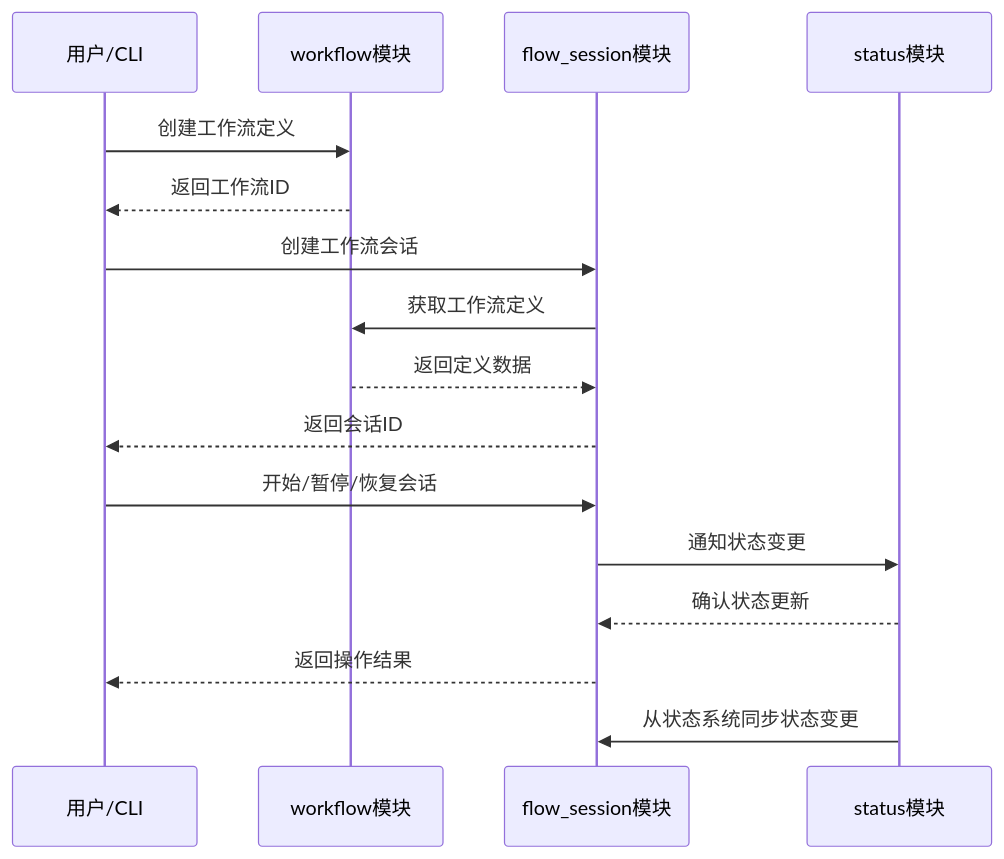
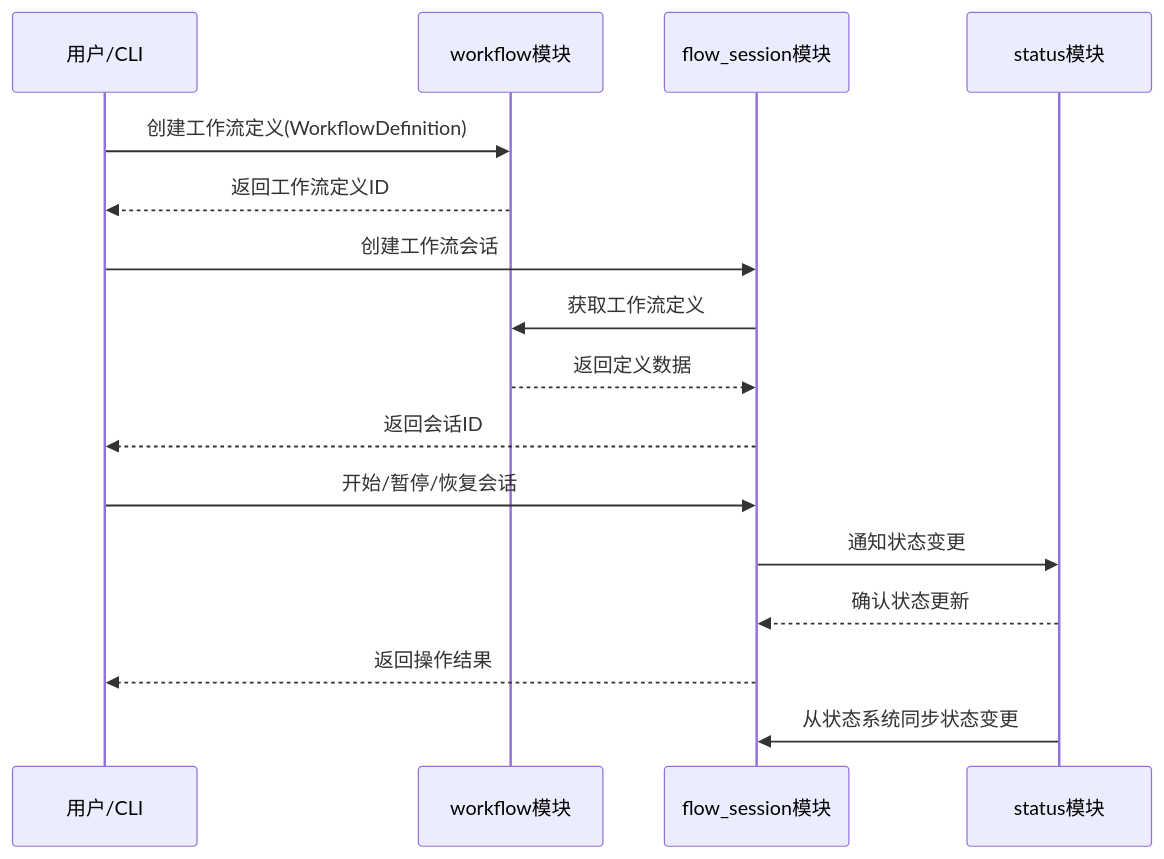
Before and after one commit to jacobcy/VibeCopilot: the second of 3 diagrams in src/workflow/docs/module-architecture.md, drawn with Mermaid. The commit also changed other lines of this file and 81 other files, not shown here.

````diff
--- a/src/workflow/docs/module-architecture.md
+++ b/src/workflow/docs/module-architecture.md
@@ -114,22 +114,22 @@
 ```mermaid
 sequenceDiagram
     participant U as 用户/CLI
     participant W as workflow模块
     participant F as flow_session模块
     participant S as status模块
 
-    U->>W: 创建工作流定义
-    W-->>U: 返回工作流ID
+    U->>W: 创建工作流定义(WorkflowDefinition)
+    W-->>U: 返回工作流定义ID
 
     U->>F: 创建工作流会话
     F->>W: 获取工作流定义
     W-->>F: 返回定义数据
     F-->>U: 返回会话ID
 
     U->>F: 开始/暂停/恢复会话
     F->>S: 通知状态变更
     S-->>F: 确认状态更新
     F-->>U: 返回操作结果
 
     S->>F: 从状态系统同步状态变更
 ```
````
